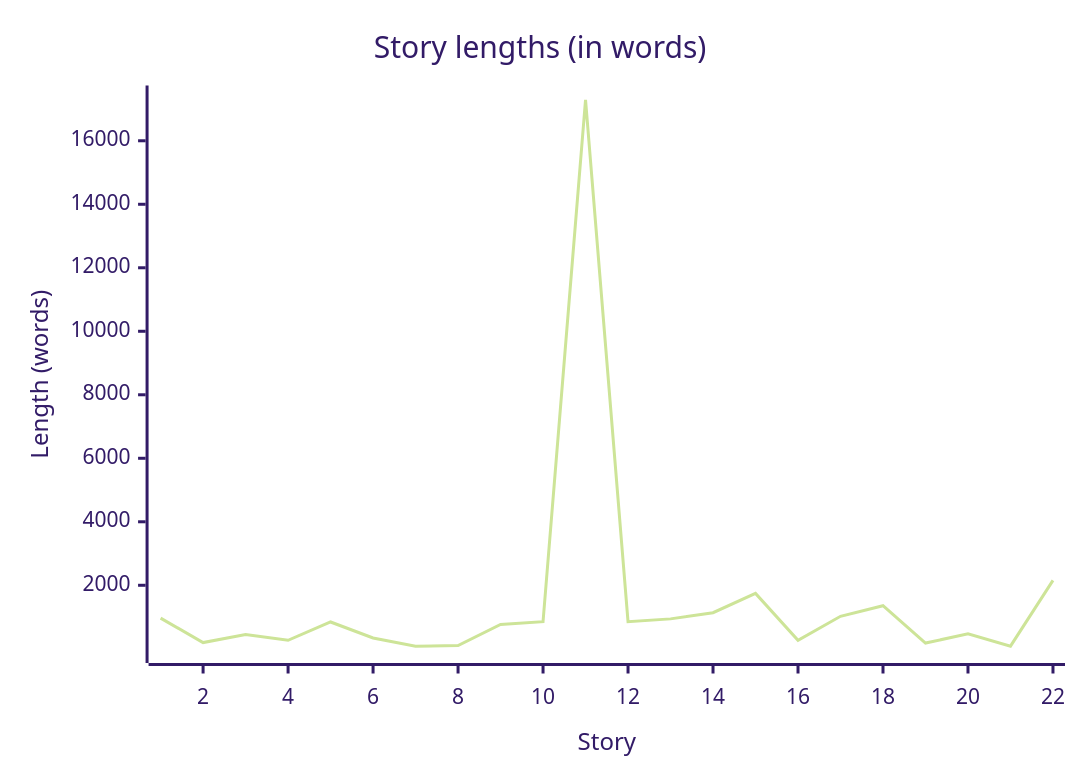
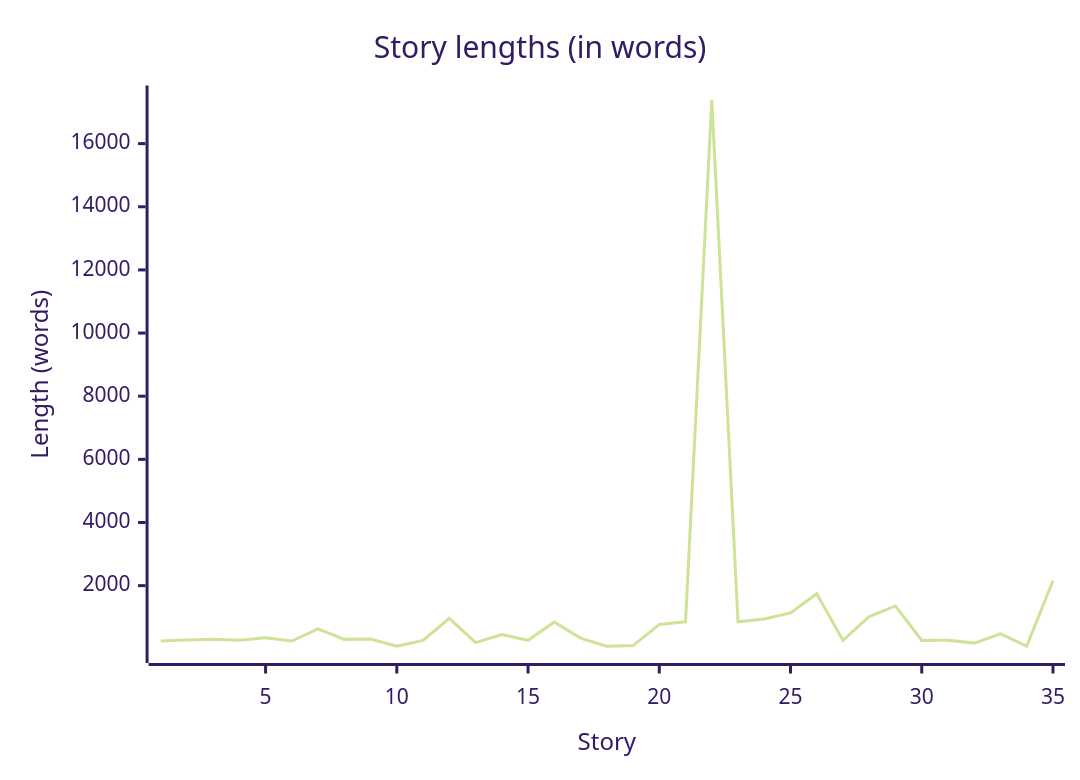
Before and after one commit to g-ongenae/blog: the second of 2 diagrams in tell/README.md, drawn with Mermaid (forest theme). The commit also changed other lines of this file and 1 other file, not shown here.

Commit message:
Add suite in story list

````diff
--- a/tell/README.md
+++ b/tell/README.md
@@ -177,7 +177,7 @@
 ```mermaid
 xychart-beta
   title "Story lengths (in words)"
-  x-axis "Story" 1 --> 22
-  y-axis "Length (words)" 1 --> 17292
-  line [964, 195, 450, 268, 844, 339, 81, 100, 767, 853, 17292, 855, 942, 1136, 1743, 266, 1023, 1356, 180, 473, 83, 2156]
+  x-axis "Story" 1 --> 35
+  y-axis "Length (words)" 1 --> 17390
+  line [243, 281, 304, 270, 348, 246, 633, 298, 306, 80, 267, 964, 195, 450, 268, 844, 339, 81, 100, 767, 853, 17390, 855, 942, 1136, 1743, 266, 1023, 1356, 266, 269, 180, 473, 83, 2156]
 ```
````
